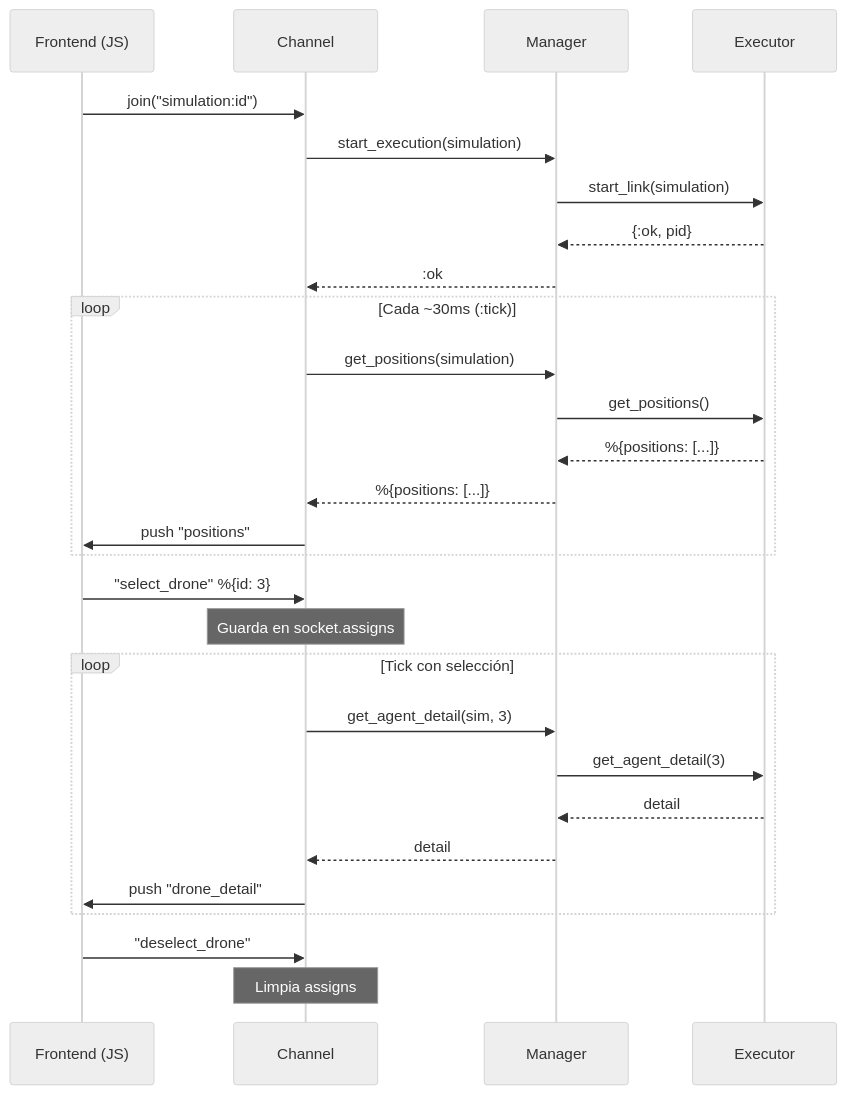
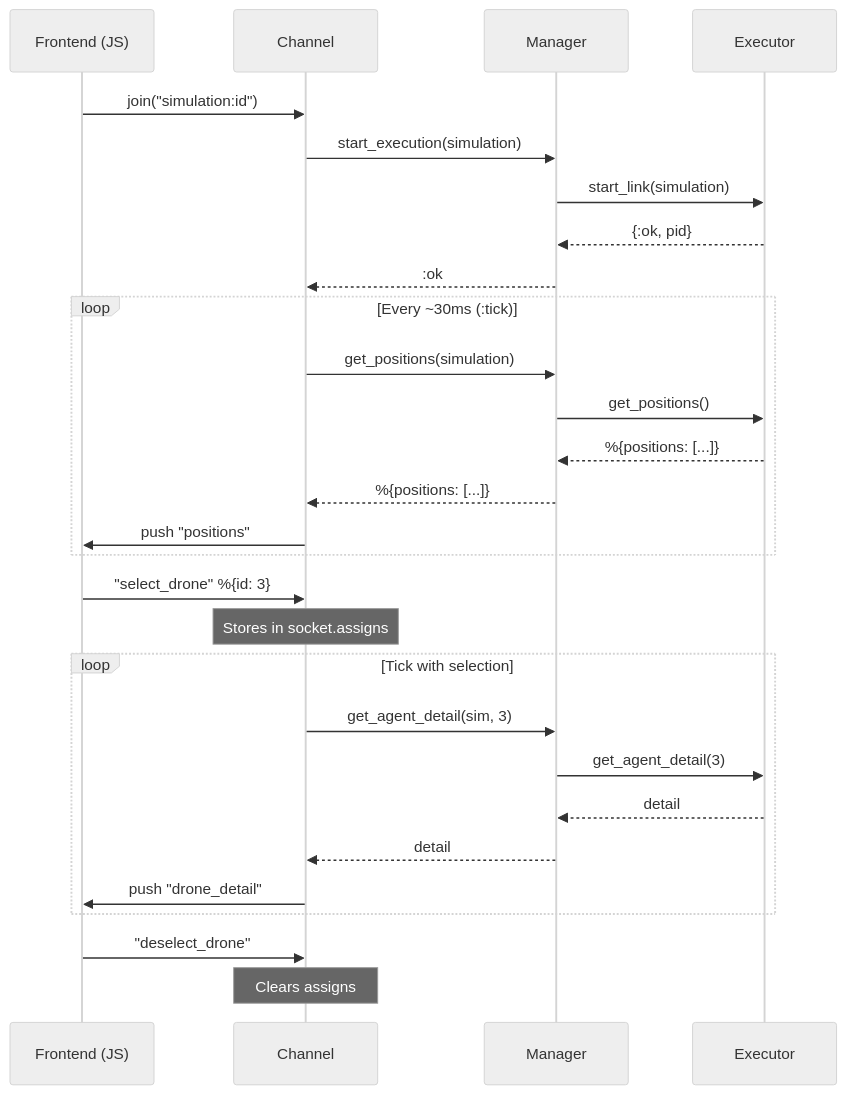
One commit to FLAGlab/Elixir-Swarm-Simulator changed the first of 3 diagrams in docs/web/channels.md. Above: the diagram before and after it, drawn with Mermaid (neutral theme). The commit also changed other lines of this file and 40 other files, not shown here.

````diff
--- a/docs/web/channels.md
+++ b/docs/web/channels.md
@@ -51,35 +51,35 @@
 ```mermaid
 sequenceDiagram
     participant JS as Frontend (JS)
     participant Ch as Channel
     participant Mg as Manager
     participant Ex as Executor
 
     JS->>Ch: join("simulation:id")
     Ch->>Mg: start_execution(simulation)
     Mg->>Ex: start_link(simulation)
     Ex-->>Mg: {:ok, pid}
     Mg-->>Ch: :ok
 
-    loop Cada ~30ms (:tick)
+    loop Every ~30ms (:tick)
         Ch->>Mg: get_positions(simulation)
         Mg->>Ex: get_positions()
         Ex-->>Mg: %{positions: [...]}
         Mg-->>Ch: %{positions: [...]}
         Ch->>JS: push "positions"
     end
 
     JS->>Ch: "select_drone" %{id: 3}
-    Note over Ch: Guarda en socket.assigns
+    Note over Ch: Stores in socket.assigns
 
-    loop Tick con selección
+    loop Tick with selection
         Ch->>Mg: get_agent_detail(sim, 3)
         Mg->>Ex: get_agent_detail(3)
         Ex-->>Mg: detail
         Mg-->>Ch: detail
         Ch->>JS: push "drone_detail"
     end
 
     JS->>Ch: "deselect_drone"
-    Note over Ch: Limpia assigns
+    Note over Ch: Clears assigns
 ```
````
